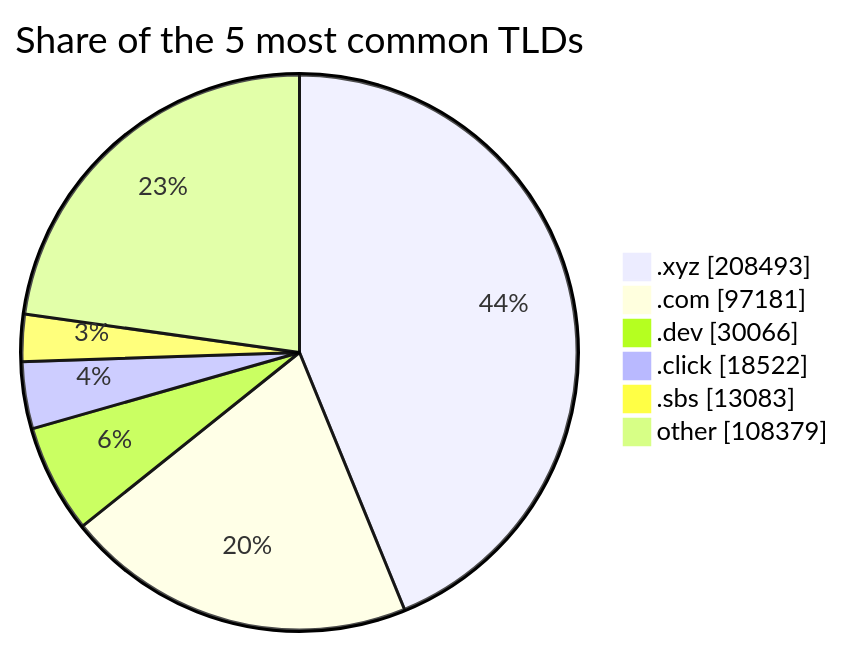
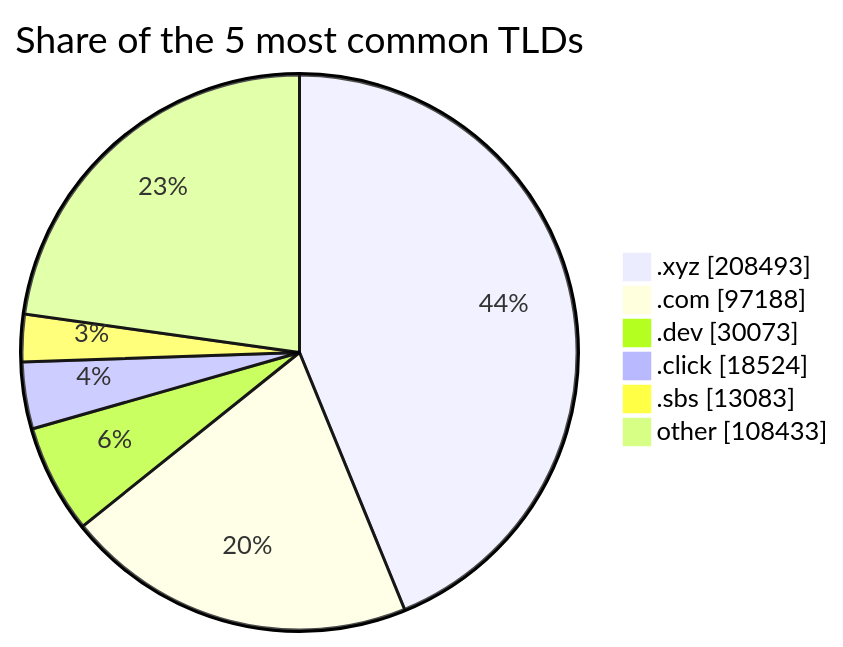
Before and after one commit to DNSBunker/CTI: the third of 3 diagrams in README.md, drawn with Mermaid. The commit also changed other lines of this file and 3 other files, not shown here.

````diff
--- a/README.md
+++ b/README.md
@@ -81,9 +81,9 @@
 ```mermaid
 pie showData title Share of the 5 most common TLDs
     ".xyz" : 208493
-    ".com" : 97181
-    ".dev" : 30066
-    ".click" : 18522
+    ".com" : 97188
+    ".dev" : 30073
+    ".click" : 18524
     ".sbs" : 13083
-    "other" : 108379
+    "other" : 108433
 ```
````
